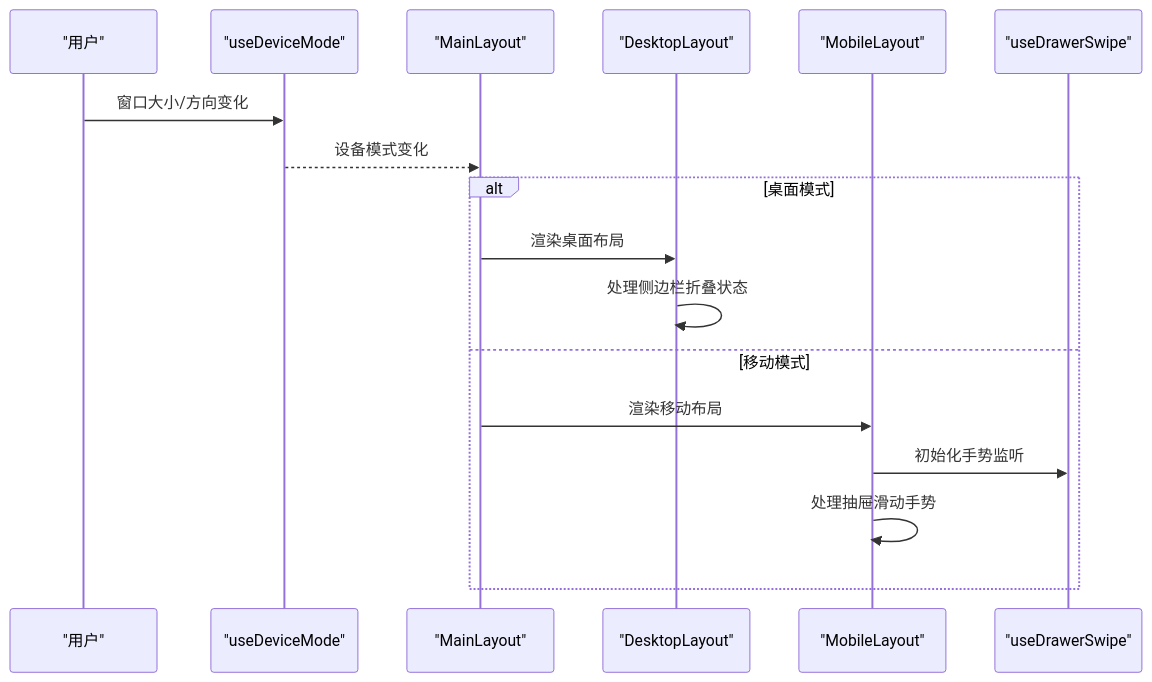
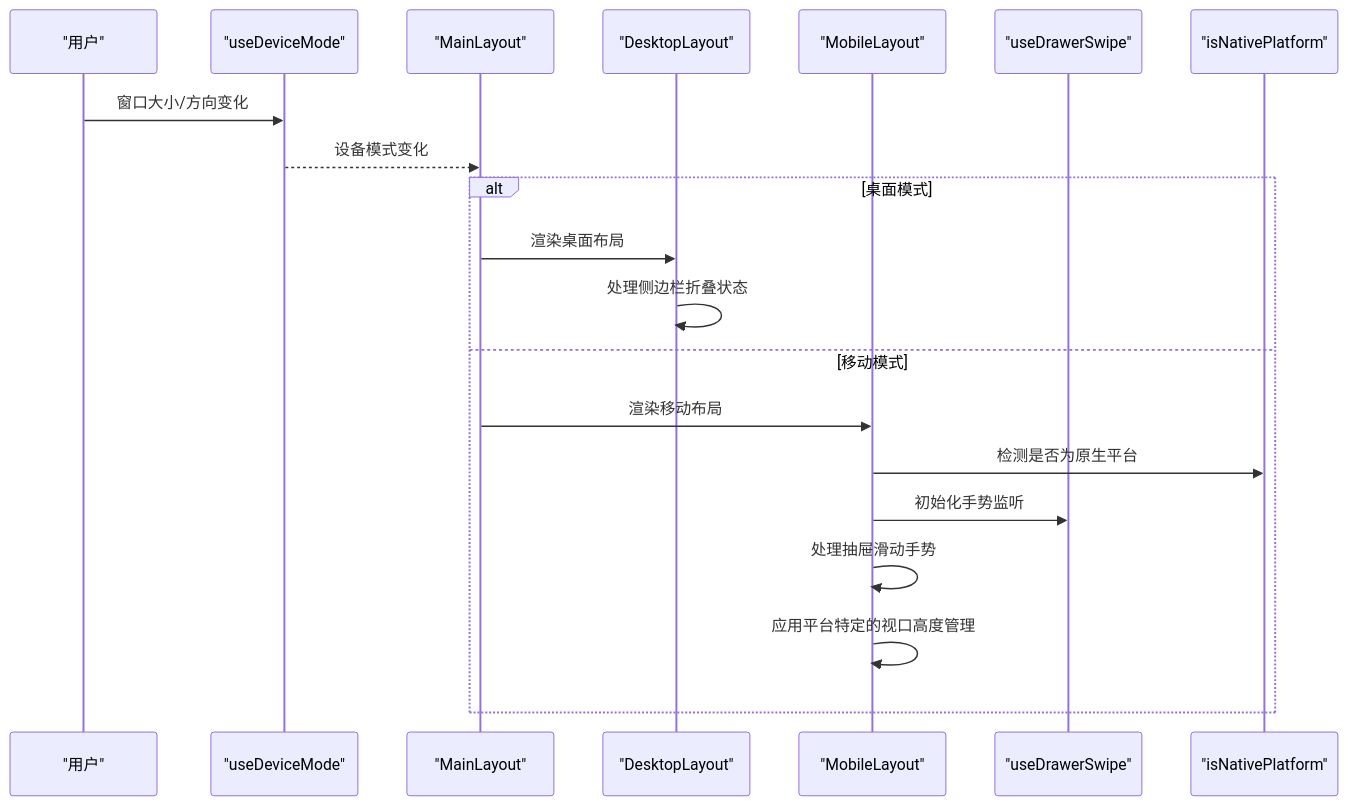
One commit to billye220670/AIShop changed the second of 5 diagrams in .qoder/repowiki/zh/content/核心组件/主布局组件 MainLayout.md. Above: the diagram before and after it, drawn with Mermaid. The commit also changed other lines of this file and 45 other files, not shown here.

````diff
--- a/.qoder/repowiki/zh/content/核心组件/主布局组件 MainLayout.md
+++ b/.qoder/repowiki/zh/content/核心组件/主布局组件 MainLayout.md
@@ -95,19 +105,22 @@
 ```mermaid
 sequenceDiagram
 participant U as "用户"
 participant DM as "useDeviceMode"
 participant ML as "MainLayout"
 participant DL as "DesktopLayout"
 participant MML as "MobileLayout"
 participant SW as "useDrawerSwipe"
+participant NP as "isNativePlatform"
 U->>DM : 窗口大小/方向变化
 DM-->>ML : 设备模式变化
 alt 桌面模式
 ML->>DL : 渲染桌面布局
 DL->>DL : 处理侧边栏折叠状态
 else 移动模式
 ML->>MML : 渲染移动布局
+MML->>NP : 检测是否为原生平台
 MML->>SW : 初始化手势监听
 MML->>MML : 处理抽屉滑动手势
+MML->>MML : 应用平台特定的视口高度管理
 end
 ```
````
